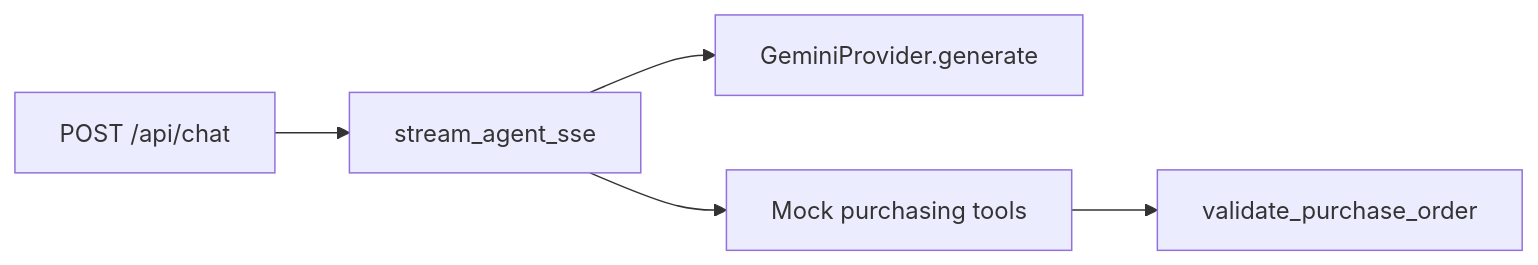
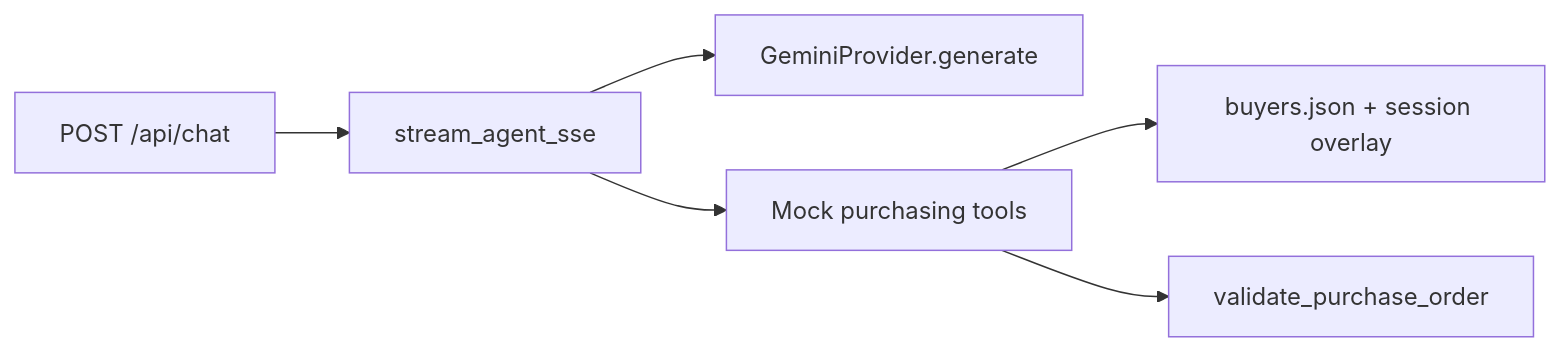
The diagram in backend/README.md (Tejas-Jain/agent-assignment), drawn with Mermaid before and after one commit. The commit also changed other lines of this file and 16 other files, not shown here.

````diff
--- a/backend/README.md
+++ b/backend/README.md
@@ -52,7 +60,8 @@
 ```mermaid
 flowchart LR
   ChatAPI["POST /api/chat"] --> Runner[stream_agent_sse]
   Runner --> Gemini[GeminiProvider.generate]
   Runner --> Tools[Mock purchasing tools]
+  Tools --> Store[buyers.json + session overlay]
   Tools --> Validate[validate_purchase_order]
 ```
````
